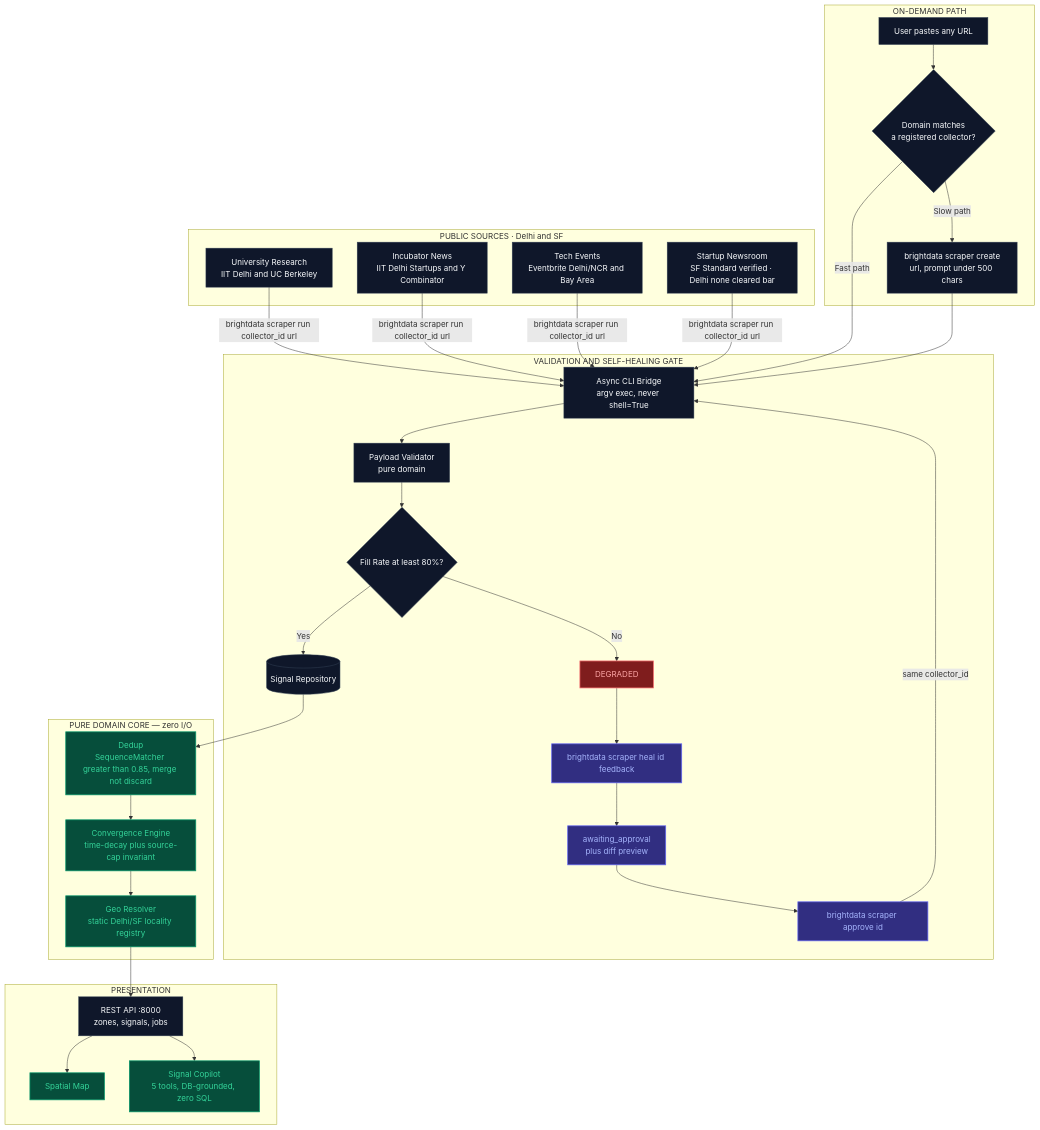
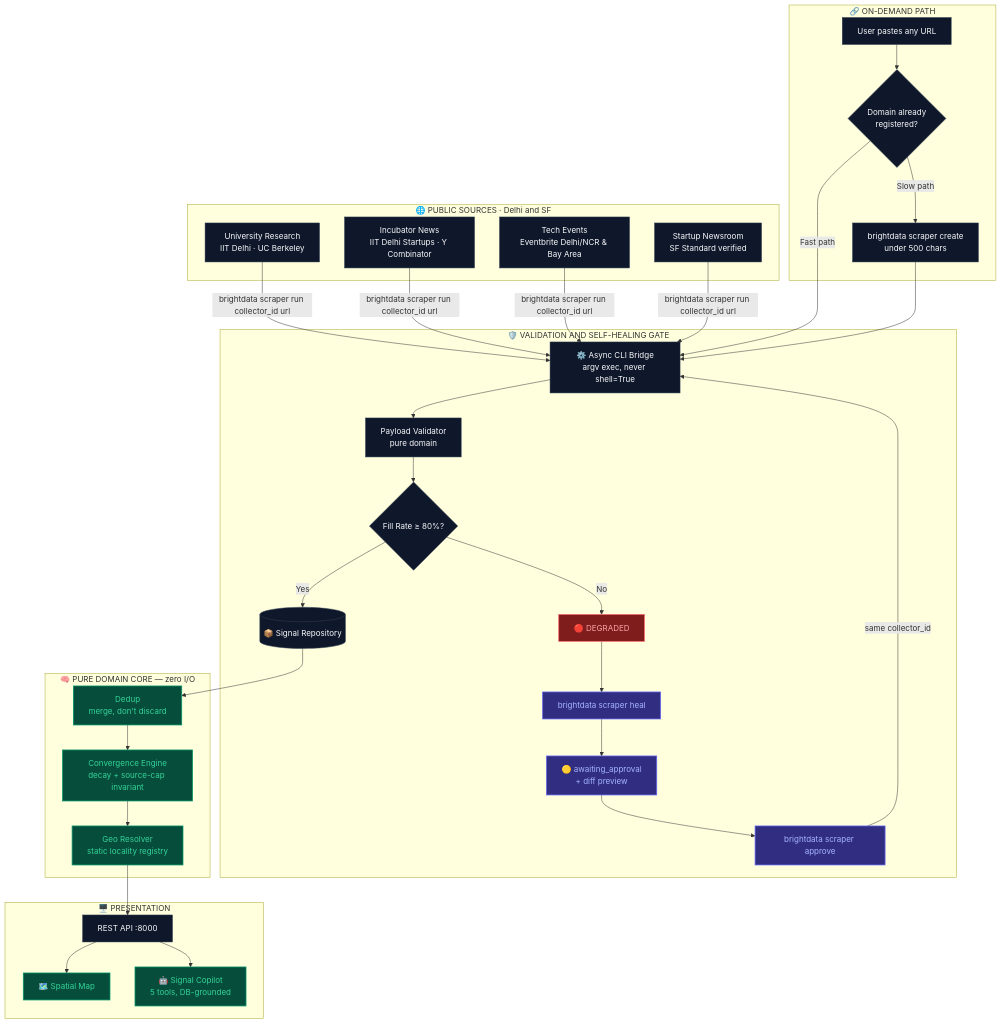
One commit to arjitujjawal-art/Web_Scraper changed the second of 9 diagrams in README.md. Above: the diagram before and after it, drawn with Mermaid. The commit also changed other lines of this file, not shown here.

````diff
--- a/README.md
+++ b/README.md
@@ -68,46 +106,46 @@
 ```mermaid
 graph TD
     classDef default fill:#0F172A,stroke:#334155,stroke-width:1px,color:#F8FAFC;
     classDef pure fill:#064E3B,stroke:#059669,stroke-width:1.5px,color:#34D399;
     classDef alert fill:#7F1D1D,stroke:#F87171,stroke-width:1.5px,color:#FCA5A5;
     classDef gate fill:#312E81,stroke:#6366F1,stroke-width:1.5px,color:#A5B4FC;
 
-    subgraph Sources ["PUBLIC SOURCES · Delhi and SF"]
-        A["University Research<br/>IIT Delhi and UC Berkeley"]
-        B["Incubator News<br/>IIT Delhi Startups and Y Combinator"]
-        C["Tech Events<br/>Eventbrite Delhi/NCR and Bay Area"]
-        D["Startup Newsroom<br/>SF Standard verified · Delhi none cleared bar"]
+    subgraph Sources ["🌐 PUBLIC SOURCES · Delhi and SF"]
+        A["University Research<br/>IIT Delhi · UC Berkeley"]
+        B["Incubator News<br/>IIT Delhi Startups · Y Combinator"]
+        C["Tech Events<br/>Eventbrite Delhi/NCR & Bay Area"]
+        D["Startup Newsroom<br/>SF Standard verified"]
     end
 
-    A & B & C & D -->|"brightdata scraper run collector_id url"| E["Async CLI Bridge<br/>argv exec, never shell=True"]
+    A & B & C & D -->|"brightdata scraper run collector_id url"| E["⚙️ Async CLI Bridge<br/>argv exec, never shell=True"]
 
-    subgraph Gate ["VALIDATION AND SELF-HEALING GATE"]
+    subgraph Gate ["🛡️ VALIDATION AND SELF-HEALING GATE"]
         E --> F["Payload Validator<br/>pure domain"]
-        F --> G{"Fill Rate at least 80%?"}
-        G -->|Yes| H[("Signal Repository")]
-        G -->|No| I["DEGRADED"]:::alert
-        I --> J["brightdata scraper heal id feedback"]:::gate
-        J --> K["awaiting_approval<br/>plus diff preview"]:::gate
-        K --> L["brightdata scraper approve id"]:::gate
+        F --> G{"Fill Rate ≥ 80%?"}
+        G -->|Yes| H[("📦 Signal Repository")]
+        G -->|No| I["🔴 DEGRADED"]:::alert
+        I --> J["brightdata scraper heal"]:::gate
+        J --> K["🟡 awaiting_approval<br/>+ diff preview"]:::gate
+        K --> L["brightdata scraper approve"]:::gate
         L -->|same collector_id| E
     end
 
-    subgraph Domain ["PURE DOMAIN CORE — zero I/O"]
-        H --> M["Dedup<br/>SequenceMatcher greater than 0.85, merge not discard"]:::pure
-        M --> N["Convergence Engine<br/>time-decay plus source-cap invariant"]:::pure
-        N --> O["Geo Resolver<br/>static Delhi/SF locality registry"]:::pure
+    subgraph Domain ["🧠 PURE DOMAIN CORE — zero I/O"]
+        H --> M["Dedup<br/>merge, don't discard"]:::pure
+        M --> N["Convergence Engine<br/>decay + source-cap invariant"]:::pure
+        N --> O["Geo Resolver<br/>static locality registry"]:::pure
     end
 
-    subgraph Surface ["PRESENTATION"]
-        O --> P["REST API :8000<br/>zones, signals, jobs"]
-        P --> Q["Spatial Map"]:::pure
-        P --> R["Signal Copilot<br/>5 tools, DB-grounded, zero SQL"]:::pure
+    subgraph Surface ["🖥️ PRESENTATION"]
+        O --> P["REST API :8000"]
+        P --> Q["🗺️ Spatial Map"]:::pure
+        P --> R["🤖 Signal Copilot<br/>5 tools, DB-grounded"]:::pure
     end
 
-    subgraph AdHoc ["ON-DEMAND PATH"]
-        S["User pastes any URL"] --> T{"Domain matches<br/>a registered collector?"}
+    subgraph AdHoc ["🔗 ON-DEMAND PATH"]
+        S["User pastes any URL"] --> T{"Domain already<br/>registered?"}
         T -->|Fast path| E
-        T -->|Slow path| U["brightdata scraper create<br/>url, prompt under 500 chars"]
+        T -->|Slow path| U["brightdata scraper create<br/>under 500 chars"]
         U --> E
     end
 ```
````
